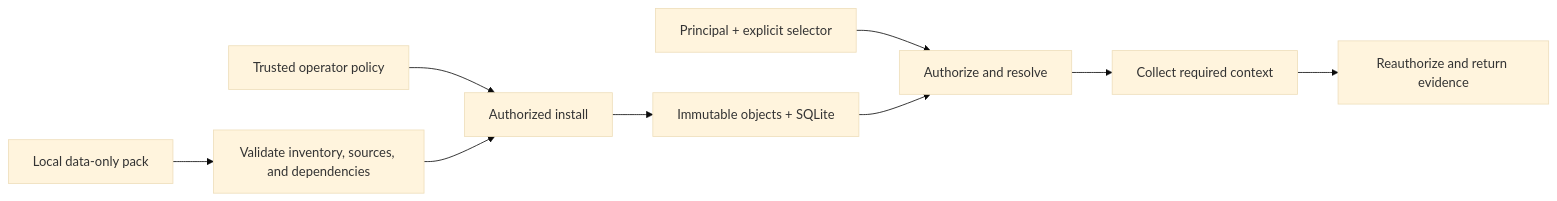
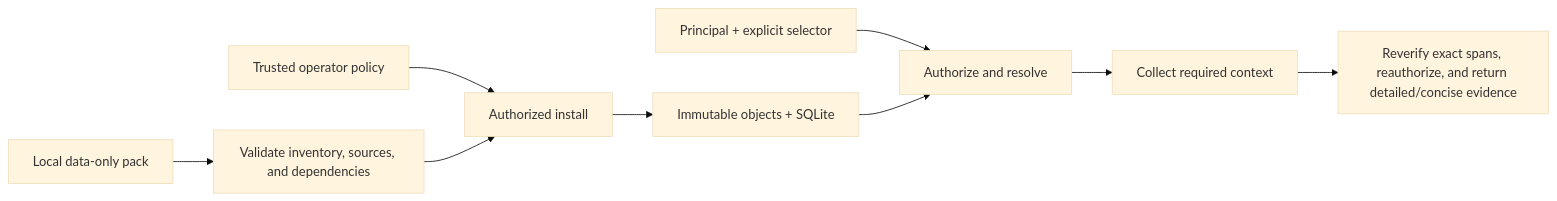
One commit to DDNA-Engineering/standards-memory changed the diagram in README.md. Above: the diagram before and after it, drawn with Mermaid (base theme). The commit also changed other lines of this file and 53 other files, not shown here.

````diff
--- a/README.md
+++ b/README.md
@@ -120,11 +264,11 @@
 ```mermaid
 flowchart LR
     Pack["Local data-only pack"] --> Validate["Validate inventory, sources, and dependencies"]
     Policy["Trusted operator policy"] --> Install["Authorized install"]
     Validate --> Install
     Install --> Store["Immutable objects + SQLite"]
     Query["Principal + explicit selector"] --> Read["Authorize and resolve"]
     Store --> Read
     Read --> Context["Collect required context"]
-    Context --> Evidence["Reauthorize and return evidence"]
+    Context --> Evidence["Reverify exact spans, reauthorize, and return detailed/concise evidence"]
 ```
````
